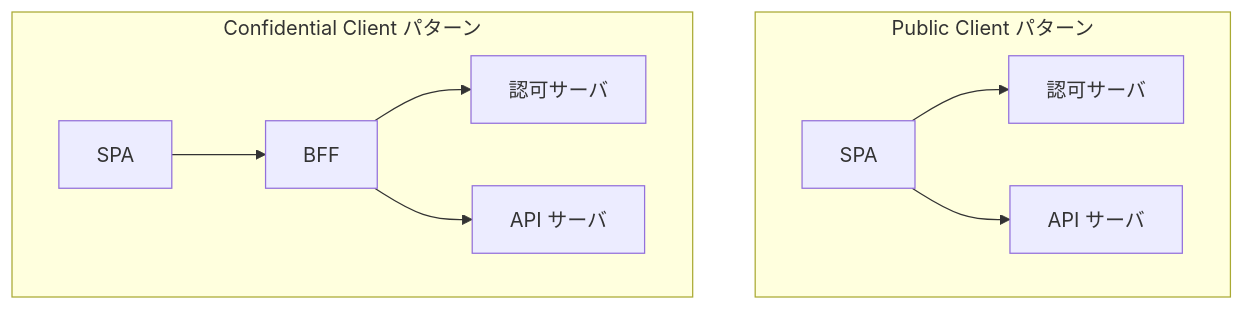
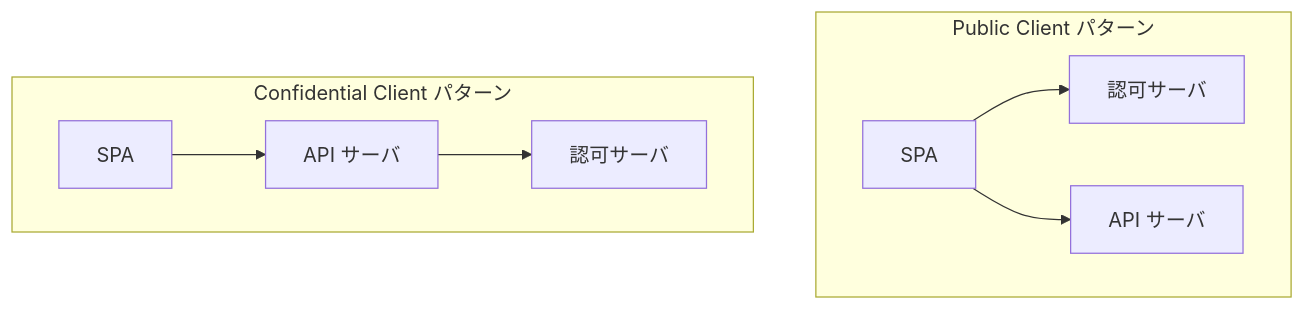
Before and after one commit to calloc134/zenn-dir: the diagram in books/sikkari-oauth-oidc/15-client-types.md, drawn with Mermaid. The commit also changed other lines of this file and 5 other files, not shown here.

````diff
--- a/books/sikkari-oauth-oidc/15-client-types.md
+++ b/books/sikkari-oauth-oidc/15-client-types.md
@@ -76,13 +90,12 @@
 ```mermaid
 graph TB
     subgraph "Public Client パターン"
         SPA1[SPA] --> AS1[認可サーバ]
         SPA1 --> API1[API サーバ]
     end
 
     subgraph "Confidential Client パターン"
-        SPA2[SPA] --> BFF[BFF]
-        BFF --> AS2[認可サーバ]
-        BFF --> API2[API サーバ]
+        SPA2[SPA] --> API2[API サーバ]
+        API2 --> AS2[認可サーバ]
     end
 ```
````
